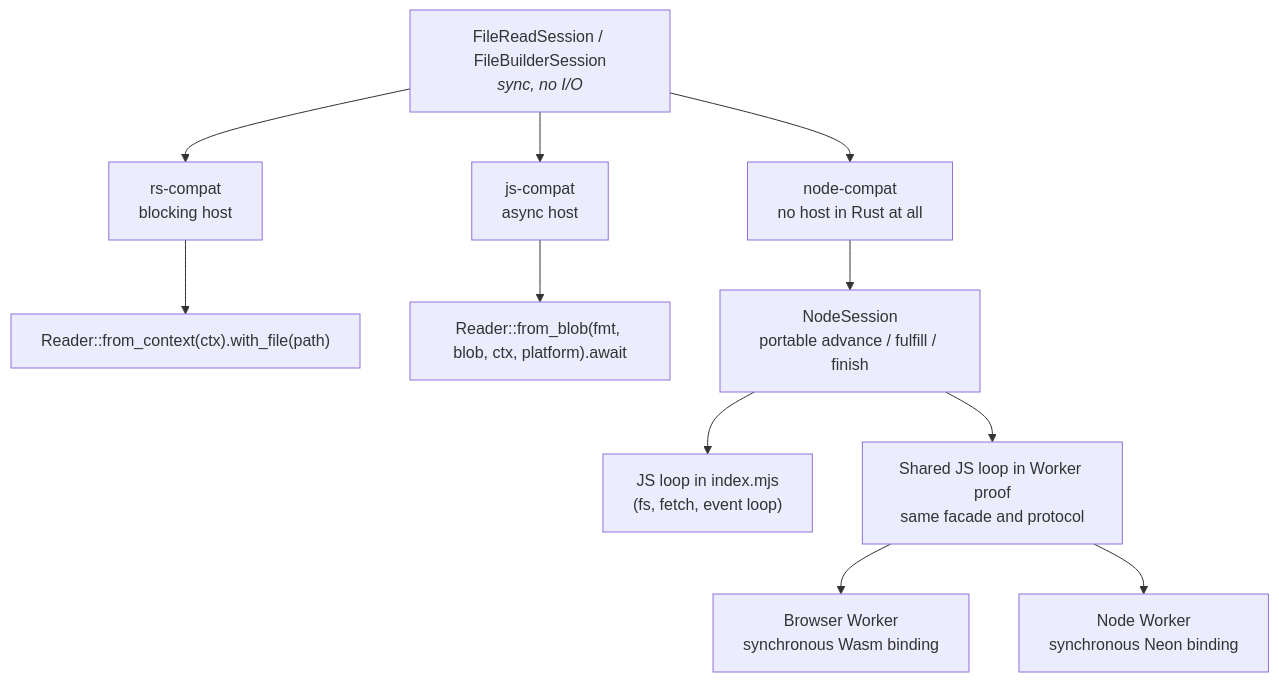
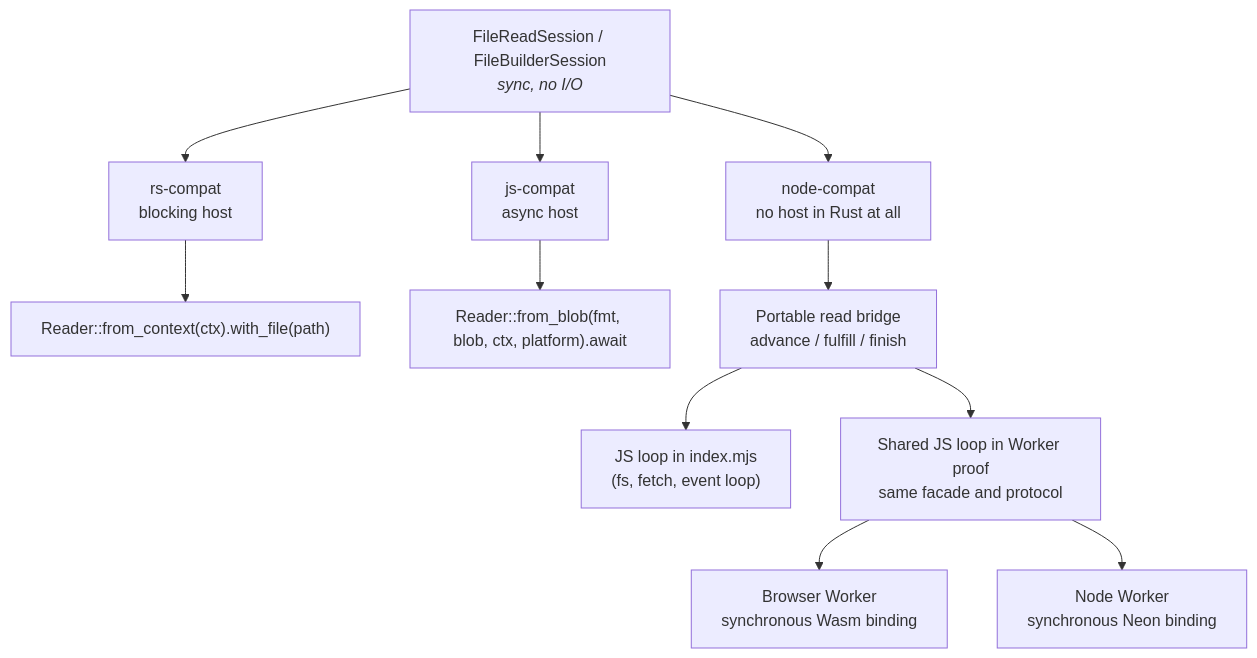
One commit to scouten/state-machine-experiment changed the first of 2 diagrams in docs/walkthrough/06-bindings.md. Above: the diagram before and after it, drawn with Mermaid. The commit also changed other lines of this file and 21 other files, not shown here.

````diff
--- a/docs/walkthrough/06-bindings.md
+++ b/docs/walkthrough/06-bindings.md
@@ -7,14 +7,14 @@
 ```mermaid
 flowchart TB
     E["FileReadSession / FileBuilderSession<br/><i>sync, no I/O</i>"]
     E --> R["rs-compat<br/>blocking host"]
     E --> J["js-compat<br/>async host"]
     E --> N["node-compat<br/>no host in Rust at all"]
     R --> R1["Reader::from_context(ctx).with_file(path)"]
     J --> J1["Reader::from_blob(fmt, blob, ctx, platform).await"]
-    N --> N1["NodeSession<br/>portable advance / fulfill / finish"]
+    N --> N1["Portable read bridge<br/>advance / fulfill / finish"]
     N1 --> N2["JS loop in index.mjs<br/>(fs, fetch, event loop)"]
     N1 --> W["Shared JS loop in Worker proof<br/>same facade and protocol"]
     W --> WB["Browser Worker<br/>synchronous Wasm binding"]
     W --> WN["Node Worker<br/>synchronous Neon binding"]
 ```
````
